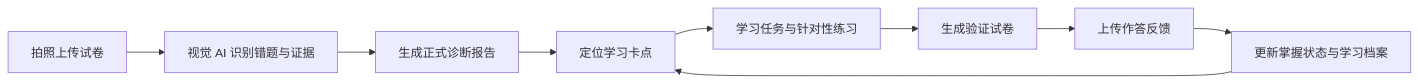
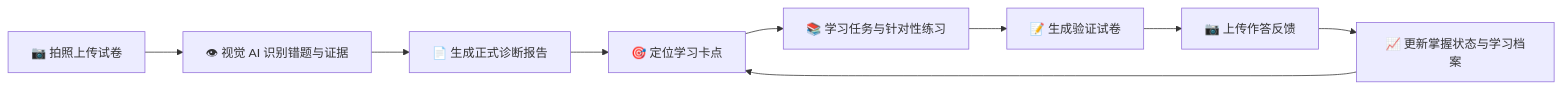
One commit to davyzhong/miniprogram-learning-diagnostic changed the first of 4 diagrams in README.md. Above: the diagram before and after it, drawn with Mermaid. The commit also changed other lines of this file and 1 other file, not shown here.

First line of the commit message:
docs: README 视觉重制——18 张截图、六态状态机与三层防线图、指标速览卡

````diff
--- a/README.md
+++ b/README.md
@@ -38,11 +42,11 @@
 ```mermaid
 flowchart LR
-    A[拍照上传试卷] --> B[视觉 AI 识别错题与证据]
-    B --> C[生成正式诊断报告]
-    C --> D[定位学习卡点]
-    D --> E[学习任务与针对性练习]
-    E --> F[生成验证试卷]
-    F --> G[上传作答反馈]
-    G --> H[更新掌握状态与学习档案]
+    A[📷 拍照上传试卷] --> B[👁 视觉 AI 识别错题与证据]
+    B --> C[📄 生成正式诊断报告]
+    C --> D[🎯 定位学习卡点]
+    D --> E[📚 学习任务与针对性练习]
+    E --> F[📝 生成验证试卷]
+    F --> G[📷 上传作答反馈]
+    G --> H[📈 更新掌握状态与学习档案]
     H --> D
 ```
````
